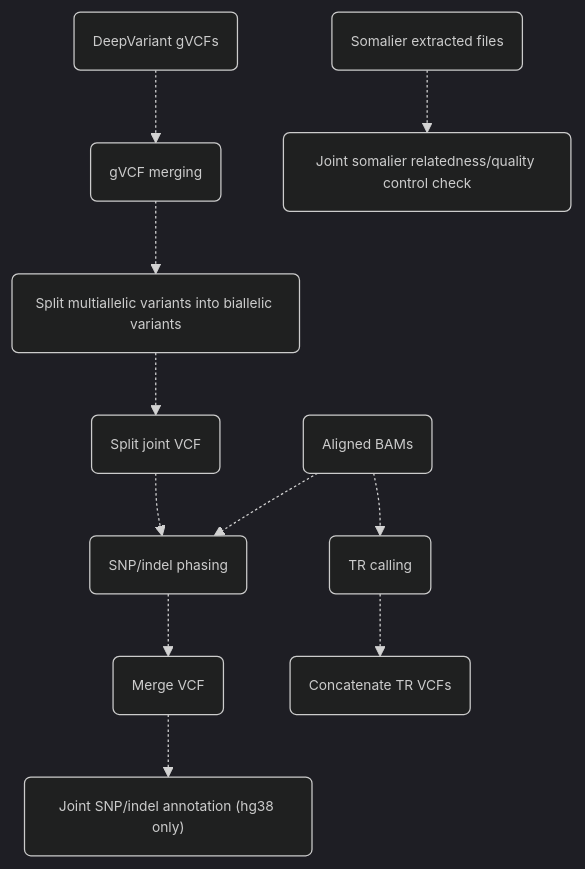
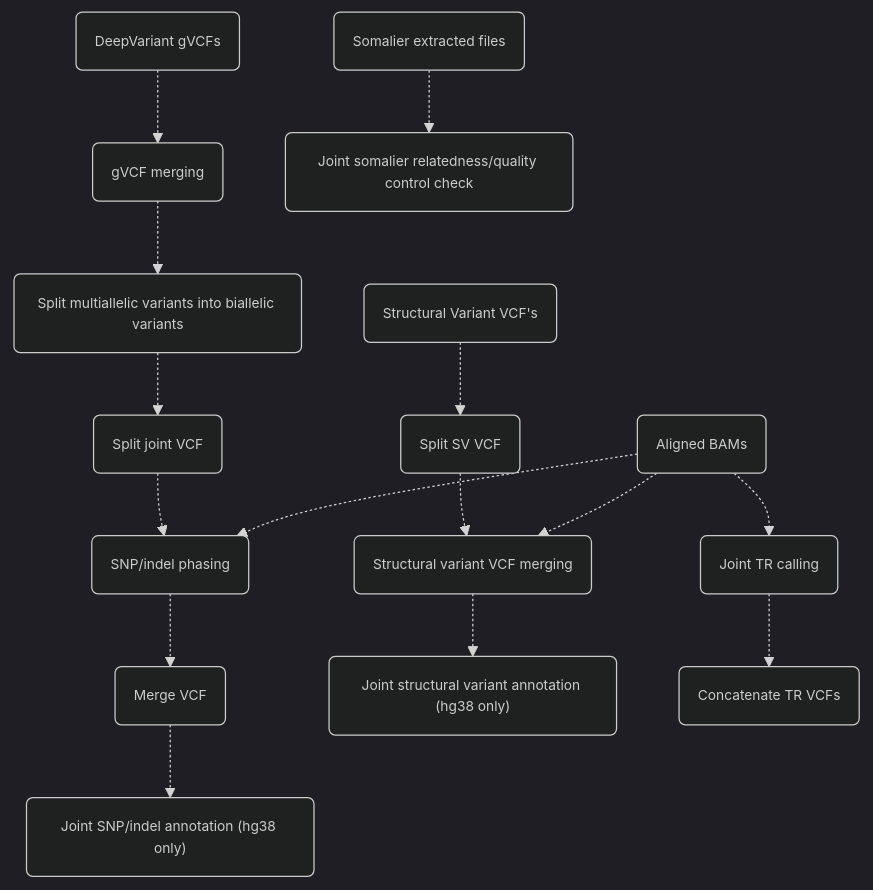
The diagram in docs/popface/info.md (leahkemp/pipeface), drawn with Mermaid before and after one commit.

Commit message:
update popface mermaid diagram

````diff
--- a/docs/popface/info.md
+++ b/docs/popface/info.md
@@ -5,24 +5,29 @@
 ```mermaid
 %%{init:{'theme':'dark','themeVariables':{'fontSize':'11px'}}}%%
 flowchart TB
 
 input_gvcf("DeepVariant gVCFs")
 input_bam("Aligned BAMs")
+input_svs("Structural Variant VCF's")
 gvcf_merging("gVCF merging")
 joint_split_multiallele("Split multiallelic variants into biallelic variants")
 split_vcf("Split joint VCF")
 snp_indel_phasing("SNP/indel phasing")
 merge_vcf("Merge VCF")
 joint_snp_indel_annotation("Joint SNP/indel annotation (hg38 only)")
-tr_calling("TR calling")
-concat_vcf("Concatenate TR VCFs")
-
+split_sv_vcf("Split SV VCF")
+sv_vcf_merging("Structural variant VCF merging")
+joint_sv_annotation("Joint structural variant annotation (hg38 only)")
+joint_tr_calling("Joint TR calling")
+concat_tr_vcf("Concatenate TR VCFs")
 input_somalier("Somalier extracted files")
 joint_somalier("Joint somalier relatedness/quality control check")
 
 input_gvcf-.->gvcf_merging-.->joint_split_multiallele-.->split_vcf-.->snp_indel_phasing-.->merge_vcf-.->joint_snp_indel_annotation
 input_bam-.->snp_indel_phasing
-input_bam-.->tr_calling-.->concat_vcf
+input_svs-.->split_sv_vcf-.->sv_vcf_merging-.->joint_sv_annotation
+input_bam-.->sv_vcf_merging
+input_bam-.->joint_tr_calling-.->concat_tr_vcf
 input_somalier-.->joint_somalier
 
 ```
````
